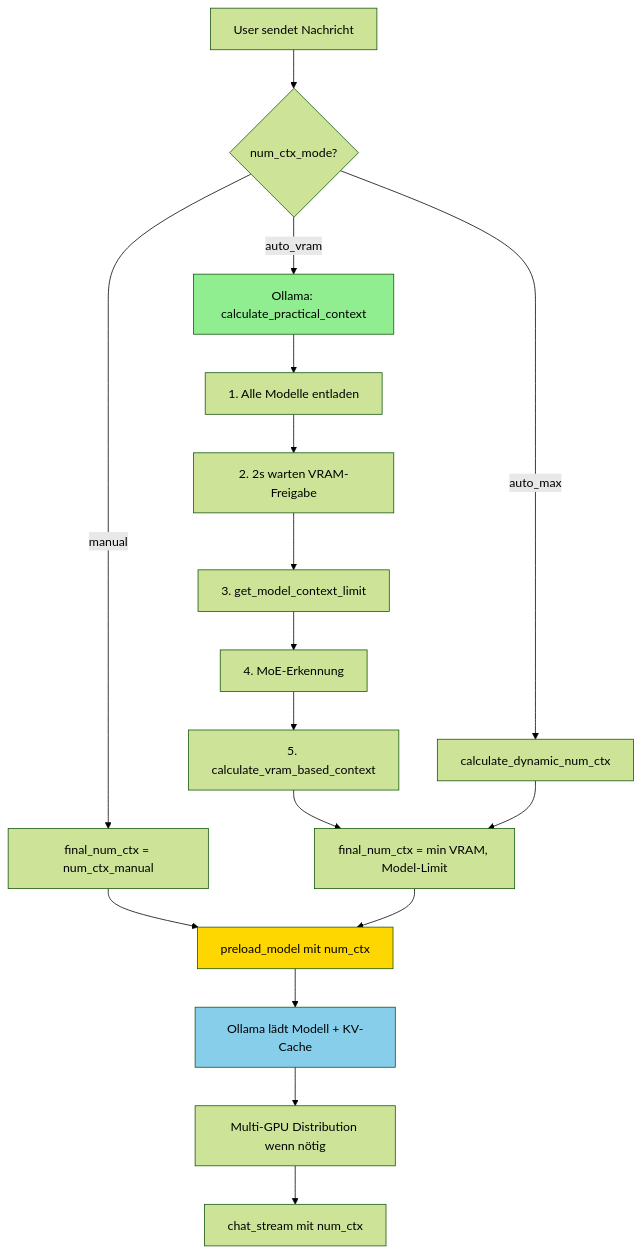
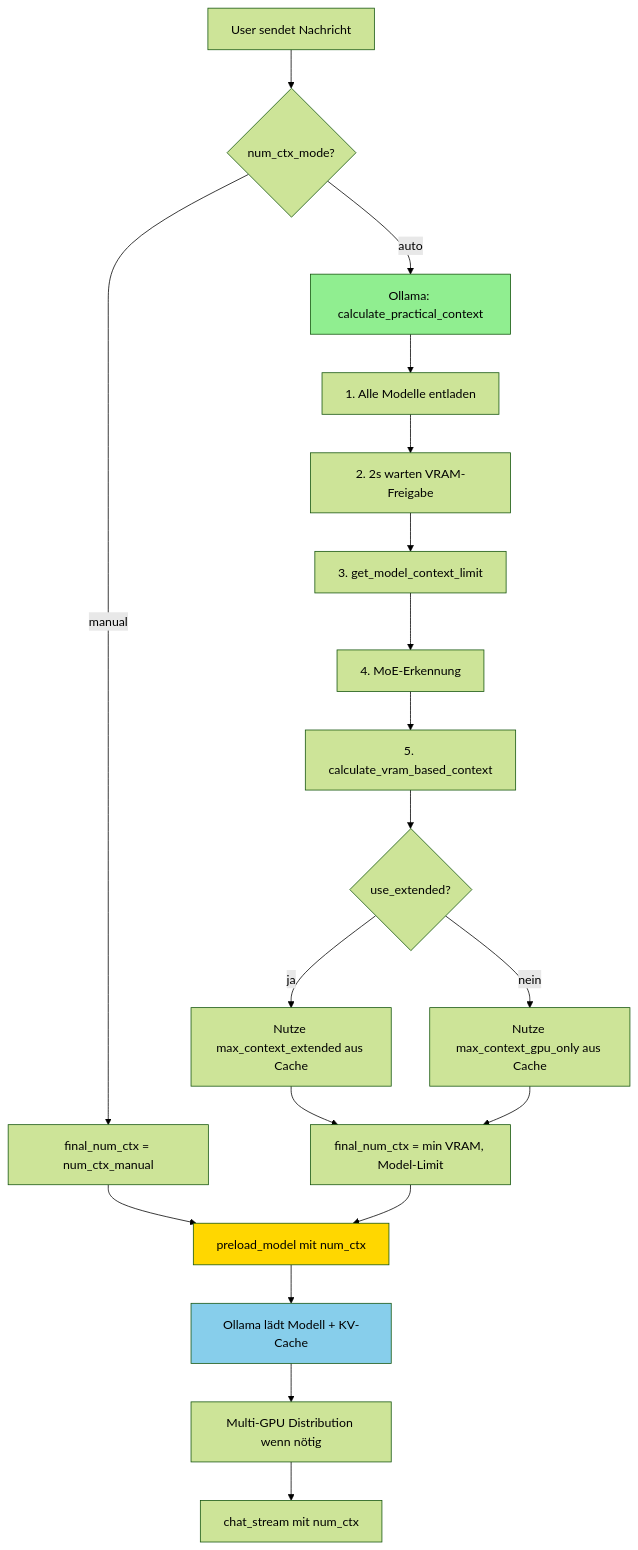
One commit to Peuqui/AIfred-Intelligence-Legacy changed the diagram in docs/architecture/ollama-context-calculation.md. Above: the diagram before and after it, drawn with Mermaid (forest theme). The commit also changed other lines of this file and 14 other files, not shown here.

First line of the commit message:
feat: Ollama Context Calibration with RoPE 2x Support (v2.10.0)

````diff
--- a/docs/architecture/ollama-context-calculation.md
+++ b/docs/architecture/ollama-context-calculation.md
@@ -31,27 +33,29 @@
 ```mermaid
 flowchart TD
     A[User sendet Nachricht] --> B{num_ctx_mode?}
 
     B -->|manual| C[final_num_ctx = num_ctx_manual]
-    B -->|auto_vram| D[Ollama: calculate_practical_context]
-    B -->|auto_max| E[calculate_dynamic_num_ctx]
+    B -->|auto| D[Ollama: calculate_practical_context]
 
     D --> D1[1. Alle Modelle entladen]
     D1 --> D2[2. 2s warten VRAM-Freigabe]
     D2 --> D3[3. get_model_context_limit]
     D3 --> D4[4. MoE-Erkennung]
     D4 --> D5[5. calculate_vram_based_context]
-    D5 --> D6[final_num_ctx = min VRAM, Model-Limit]
+    D5 --> D6{use_extended?}
+    D6 -->|ja| D7[Nutze max_context_extended aus Cache]
+    D6 -->|nein| D8[Nutze max_context_gpu_only aus Cache]
+    D7 --> D9[final_num_ctx = min VRAM, Model-Limit]
+    D8 --> D9
 
-    E --> D6
     C --> F
-    D6 --> F[preload_model mit num_ctx]
+    D9 --> F[preload_model mit num_ctx]
 
     F --> G[Ollama lädt Modell + KV-Cache]
     G --> H[Multi-GPU Distribution wenn nötig]
     H --> I[chat_stream mit num_ctx]
 
     style D fill:#90EE90
     style F fill:#FFD700
     style G fill:#87CEEB
 ```
````
